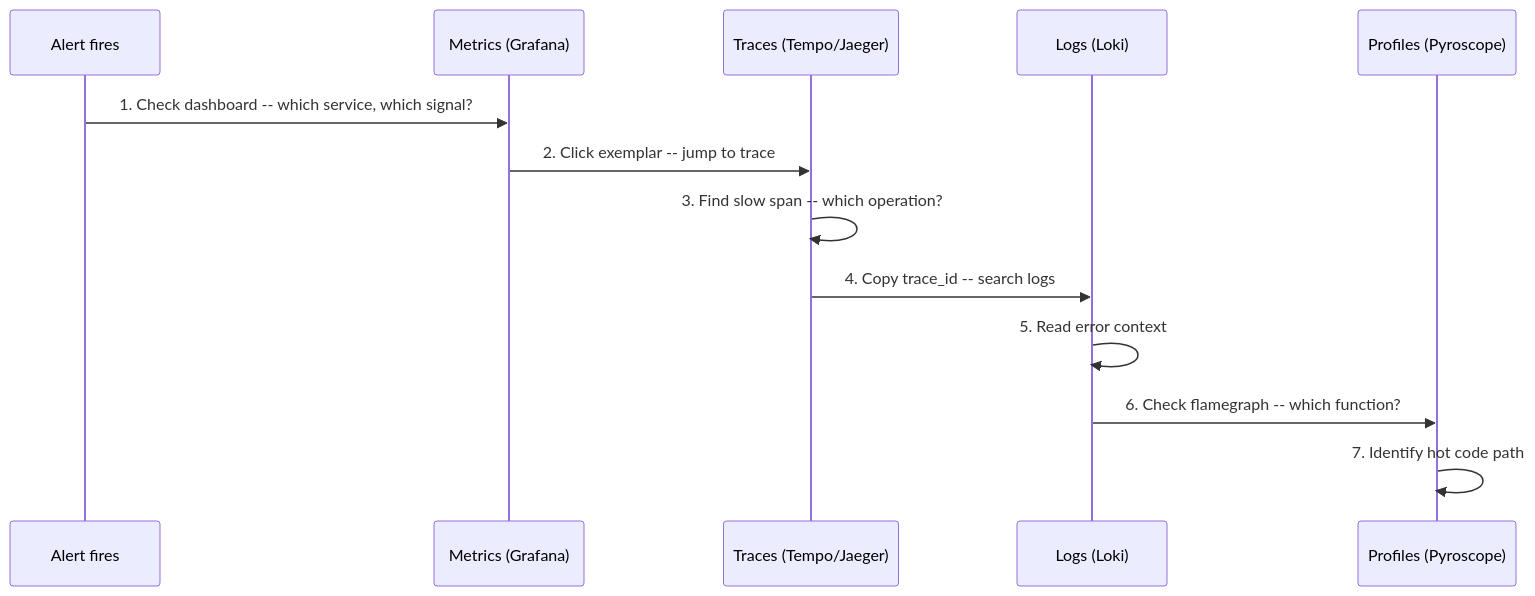
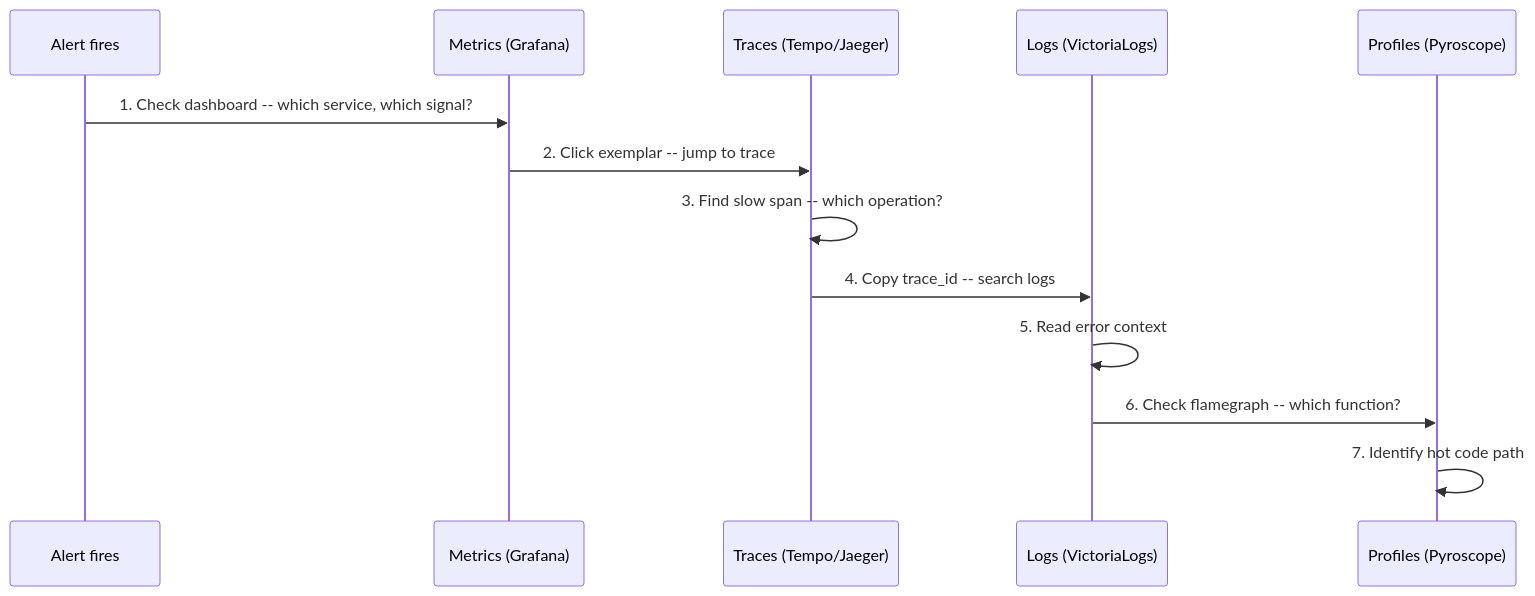
The fifth of 5 diagrams in docs/observability/README.md (duynhlab/homelab), drawn with Mermaid before and after one commit. The commit also changed other lines of this file and 11 other files, not shown here.

````diff
--- a/docs/observability/README.md
+++ b/docs/observability/README.md
@@ -326,16 +325,16 @@
 ```mermaid
 sequenceDiagram
     participant A as Alert fires
     participant M as Metrics (Grafana)
     participant T as Traces (Tempo/Jaeger)
-    participant L as Logs (Loki)
+    participant L as Logs (VictoriaLogs)
     participant P as Profiles (Pyroscope)
 
     A->>M: 1. Check dashboard -- which service, which signal?
     M->>T: 2. Click exemplar -- jump to trace
     T->>T: 3. Find slow span -- which operation?
     T->>L: 4. Copy trace_id -- search logs
     L->>L: 5. Read error context
     L->>P: 6. Check flamegraph -- which function?
     P->>P: 7. Identify hot code path
 ```
````
